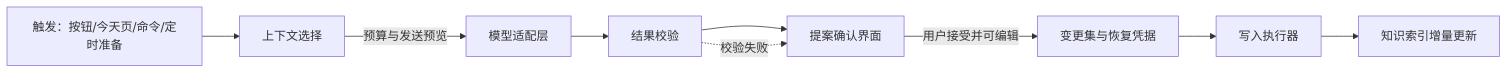
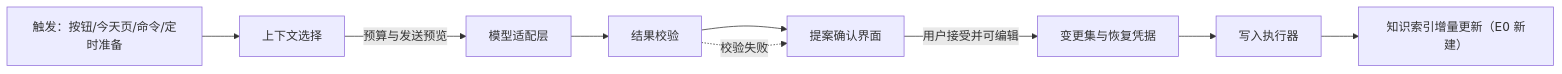
Before and after one commit to tangwz/tangrow: the diagram in docs/AI-ENGINE.md, drawn with Mermaid. The commit also changed other lines of this file and 4 other files, not shown here.

````diff
--- a/docs/AI-ENGINE.md
+++ b/docs/AI-ENGINE.md
@@ -59,11 +59,11 @@
 ```mermaid
 flowchart LR
   T[触发：按钮/今天页/命令/定时准备] --> C[上下文选择]
   C -->|预算与发送预览| M[模型适配层]
   M --> V[结果校验]
   V --> P[提案确认界面]
   P -->|用户接受并可编辑| S[变更集与恢复凭据]
   S --> W[写入执行器]
-  W --> I[知识索引增量更新]
+  W --> I[知识索引增量更新（E0 新建）]
   V -.->|校验失败| P
 ```
````
